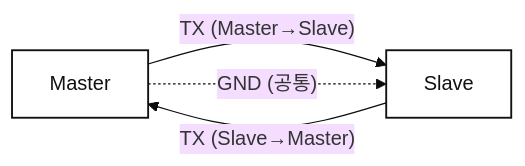
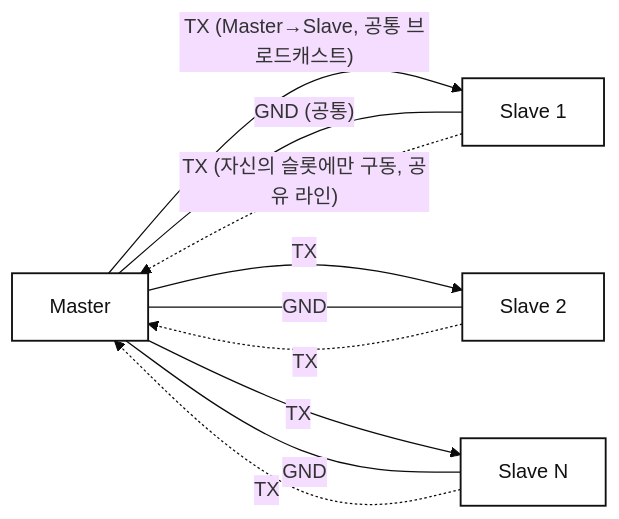
One commit to Woodong02/SoC_Design_and_Programming changed the diagram in diagrams/phy_wiring.mmd. Above: the diagram before and after it, drawn with Mermaid (base theme). The commit also changed 8 other files, not shown here.

Commit message:
PHY 다이어그램에 N개 슬레이브 공유버스 표현, 비트필드 전송순서로 반전, 타임슬롯 다이어그램에 반-가드틱 구조 반영

```diff
--- a/diagrams/phy_wiring.mmd
+++ b/diagrams/phy_wiring.mmd
@@ -1,9 +1,20 @@
 flowchart LR
     M["Master"]
-    S["Slave"]
-    M -->|"TX (Master→Slave)"| S
-    S -->|"TX (Slave→Master)"| M
-    M -.->|"GND (공통)"| S
+    S1["Slave 1"]
+    S2["Slave 2"]
+    SN["Slave N"]
+
+    M -->|"TX (Master→Slave, 공통 브로드캐스트)"| S1
+    M -->|"TX"| S2
+    M -->|"TX"| SN
+    S1 -.->|"TX (자신의 슬롯에만 구동, 공유 라인)"| M
+    S2 -.->|"TX"| M
+    SN -.->|"TX"| M
+    M ---|"GND (공통)"| S1
+    M ---|"GND"| S2
+    M ---|"GND"| SN
 
     style M fill:#FFFFFF,stroke:#111111,stroke-width:1.5px,color:#111111
-    style S fill:#FFFFFF,stroke:#111111,stroke-width:1.5px,color:#111111
+    style S1 fill:#FFFFFF,stroke:#111111,stroke-width:1.5px,color:#111111
+    style S2 fill:#FFFFFF,stroke:#111111,stroke-width:1.5px,color:#111111
+    style SN fill:#FFFFFF,stroke:#111111,stroke-width:1.5px,color:#111111
```
